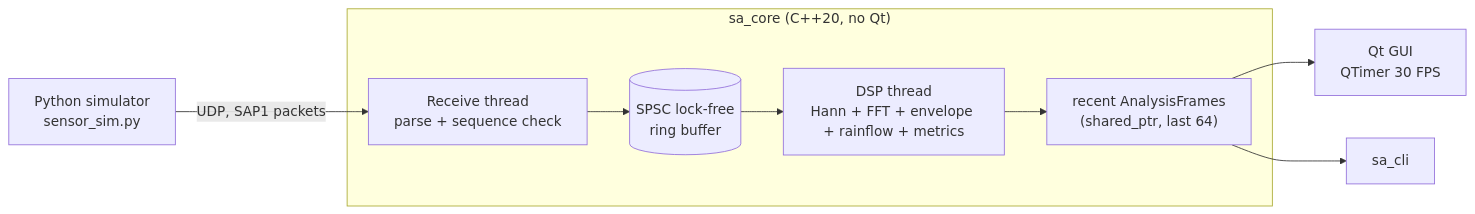
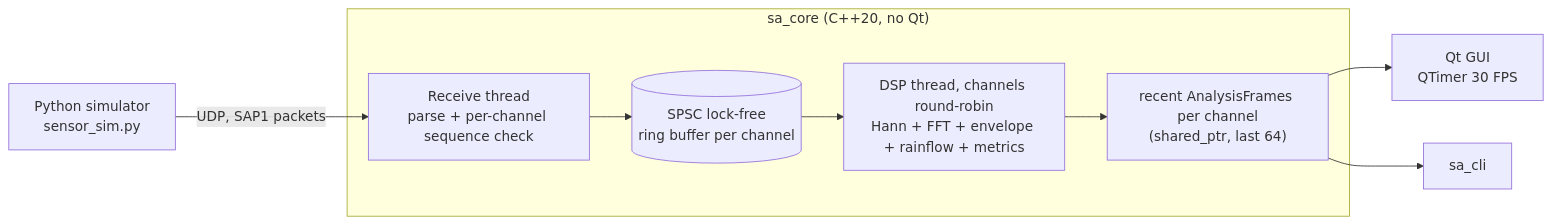
One commit to miloszjaranowski/signal-analyzer changed the diagram in README.md. Above: the diagram before and after it, drawn with Mermaid. The commit also changed other lines of this file and 15 other files, not shown here.

````diff
--- a/README.md
+++ b/README.md
@@ -38,11 +42,11 @@
 ```mermaid
 flowchart LR
     SIM["Python simulator<br/>sensor_sim.py"] -- "UDP, SAP1 packets" --> RX
     subgraph core["sa_core (C++20, no Qt)"]
-        RX["Receive thread<br/>parse + sequence check"] --> RB[("SPSC lock-free<br/>ring buffer")]
-        RB --> DSP["DSP thread<br/>Hann + FFT + envelope + rainflow + metrics"]
-        DSP --> FR["recent AnalysisFrames<br/>(shared_ptr, last 64)"]
+        RX["Receive thread<br/>parse + per-channel sequence check"] --> RB[("SPSC lock-free<br/>ring buffer per channel")]
+        RB --> DSP["DSP thread, channels round-robin<br/>Hann + FFT + envelope + rainflow + metrics"]
+        DSP --> FR["recent AnalysisFrames per channel<br/>(shared_ptr, last 64)"]
     end
     FR --> GUI["Qt GUI<br/>QTimer 30 FPS"]
     FR --> CLI["sa_cli"]
 ```
````
